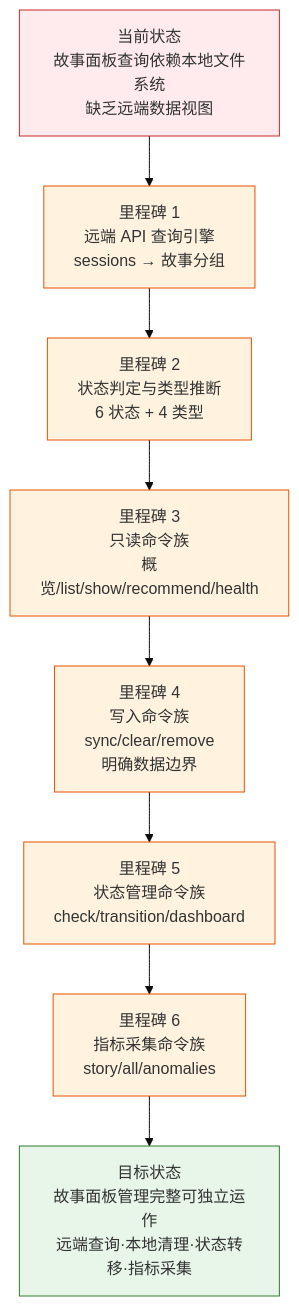
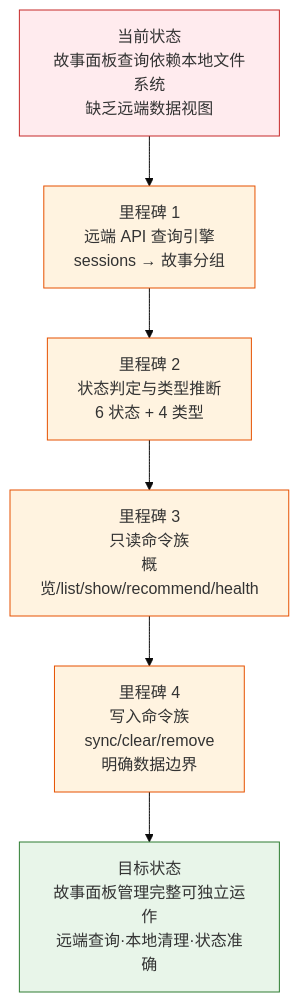
One commit to effiy/YrY changed the diagram in docs/故事任务面板/rui-story/YrY-故事任务.md. Above: the diagram before and after it, drawn with Mermaid (base theme). The commit also changed other lines of this file and 4 other files, not shown here.

````diff
--- a/docs/故事任务面板/rui-story/YrY-故事任务.md
+++ b/docs/故事任务面板/rui-story/YrY-故事任务.md
@@ -23,15 +23,13 @@
 ```mermaid
 flowchart TD
     NOW["当前状态<br/>故事面板查询依赖本地文件系统<br/>缺乏远端数据视图"]:::pain
     NOW --> M1["里程碑 1<br/>远端 API 查询引擎<br/>sessions → 故事分组"]:::milestone
     M1 --> M2["里程碑 2<br/>状态判定与类型推断<br/>6 状态 + 4 类型"]:::milestone
     M2 --> M3["里程碑 3<br/>只读命令族<br/>概览/list/show/recommend/health"]:::milestone
     M3 --> M4["里程碑 4<br/>写入命令族<br/>sync/clear/remove<br/>明确数据边界"]:::milestone
-    M4 --> M5["里程碑 5<br/>状态管理命令族<br/>check/transition/dashboard"]:::milestone
-    M5 --> M6["里程碑 6<br/>指标采集命令族<br/>story/all/anomalies"]:::milestone
-    M6 --> GOAL["目标状态<br/>故事面板管理完整可独立运作<br/>远端查询·本地清理·状态转移·指标采集"]:::goal
+    M4 --> GOAL["目标状态<br/>故事面板管理完整可独立运作<br/>远端查询·本地清理·状态准确"]:::goal
 
     classDef pain fill:#ffebee,stroke:#c62828;
     classDef milestone fill:#fff3e0,stroke:#e65100;
     classDef goal fill:#e8f5e9,stroke:#2e7d32;
 ```
````
